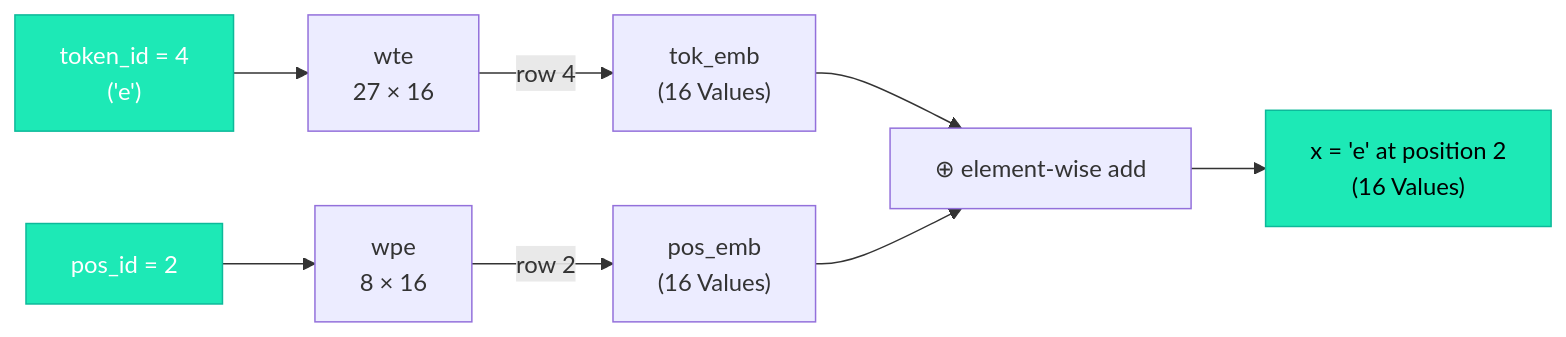
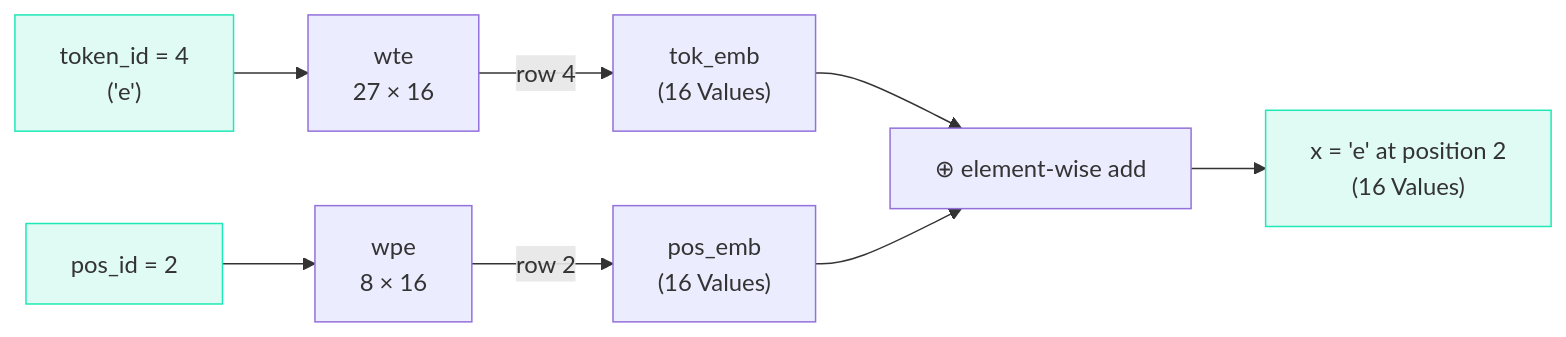
One commit to iamkhalid2/microgpt-course changed the diagram in docs/03-the-architecture/01-embeddings.md. Above: the diagram before and after it, drawn with Mermaid. The commit also changed 21 other files, not shown here.

Commit message:
Fix Mermaid: remove hardcoded text color (theme-adaptive), add mobile scrolling, fix \\n to br

````diff
--- a/docs/03-the-architecture/01-embeddings.md
+++ b/docs/03-the-architecture/01-embeddings.md
@@ -65,14 +65,14 @@
 ```mermaid
 flowchart LR
-    TID["token_id = 4\n('e')"] --> WTE["wte\n27 × 16"]
-    WTE --> |"row 4"| TOK["tok_emb\n(16 Values)"]
-    PID["pos_id = 2"] --> WPE["wpe\n8 × 16"]
-    WPE --> |"row 2"| POS["pos_emb\n(16 Values)"]
+    TID["token_id = 4<br>('e')"] --> WTE["wte<br>27 × 16"]
+    WTE --> |"row 4"| TOK["tok_emb<br>(16 Values)"]
+    PID["pos_id = 2"] --> WPE["wpe<br>8 × 16"]
+    WPE --> |"row 2"| POS["pos_emb<br>(16 Values)"]
     TOK --> ADD["⊕ element-wise add"]
     POS --> ADD
-    ADD --> X["x = 'e' at position 2\n(16 Values)"]
+    ADD --> X["x = 'e' at position 2<br>(16 Values)"]
 
-    style TID fill:#1de9b6,stroke:#0db99a,color:#fff
-    style PID fill:#1de9b6,stroke:#0db99a,color:#fff
-    style X fill:#1de9b6,stroke:#0db99a,color:#000
+    style TID fill:#e0faf4,stroke:#1de9b6
+    style PID fill:#e0faf4,stroke:#1de9b6
+    style X fill:#e0faf4,stroke:#1de9b6
 ```
````
